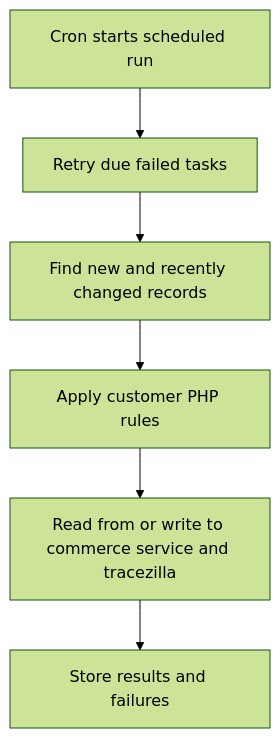
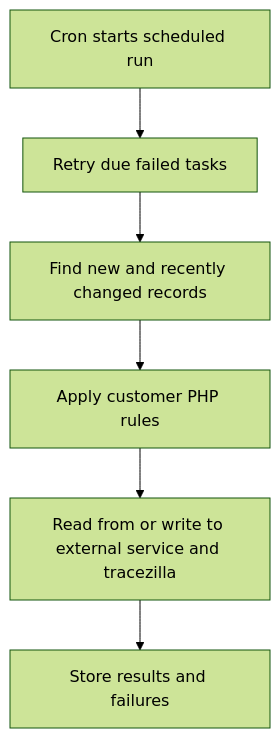
Before and after one commit to Happy-Bananas/tracezilla-integrations-docs: the diagram in deployment/cron.md, drawn with Mermaid (forest theme). The commit also changed other lines of this file and 5 other files, not shown here.

```diff
--- a/deployment/cron.md
+++ b/deployment/cron.md
@@ -23,11 +23,11 @@
 <pre class="mermaid">
 flowchart TB
     Cron[Cron starts scheduled run]
     Retry[Retry due failed tasks]
     Reconcile[Find new and recently changed records]
     Rules[Apply customer PHP rules]
-    APIs[Read from or write to commerce service and tracezilla]
+    APIs[Read from or write to external service and tracezilla]
     Result[Store results and failures]
 
     Cron --> Retry --> Reconcile --> Rules --> APIs --> Result
 </pre>
```
